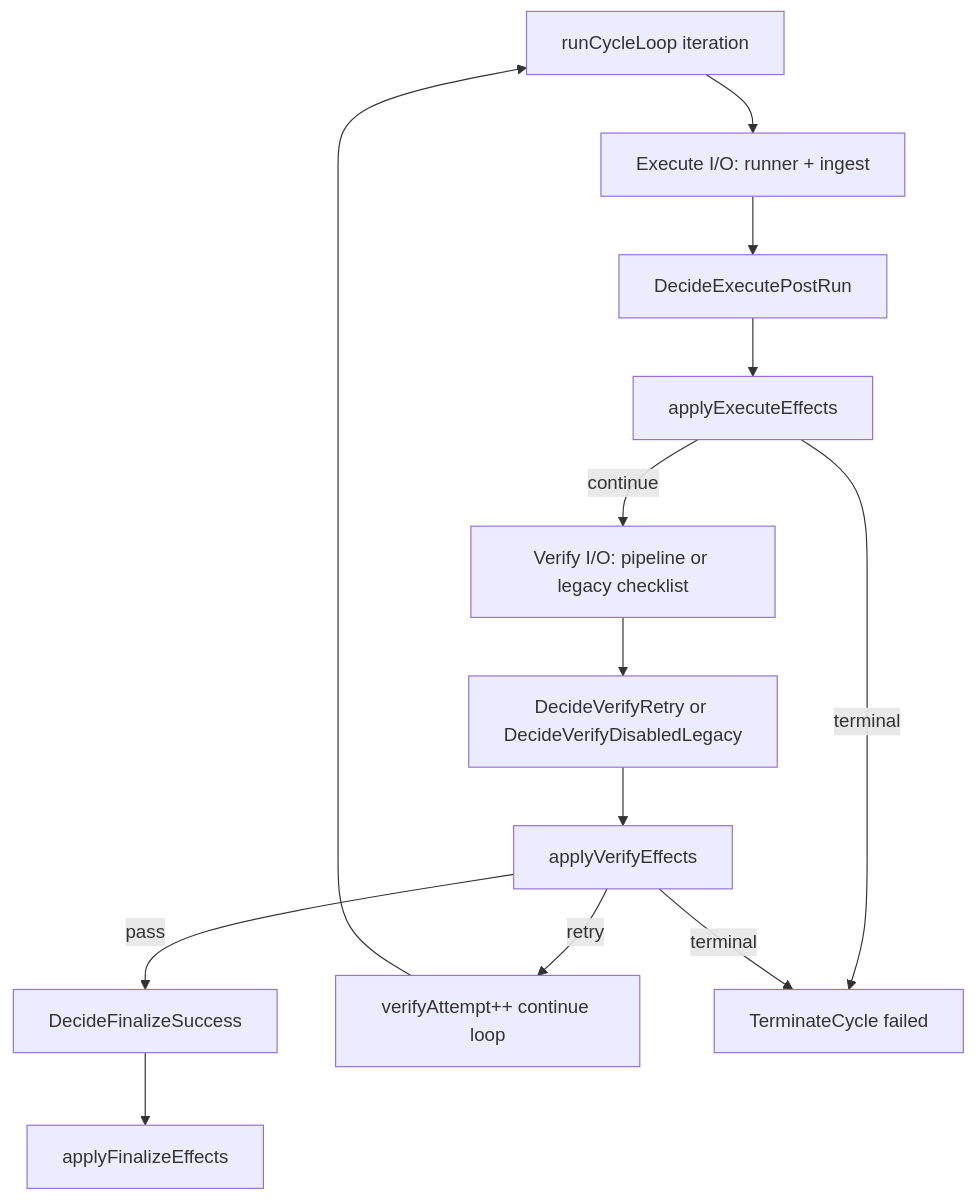
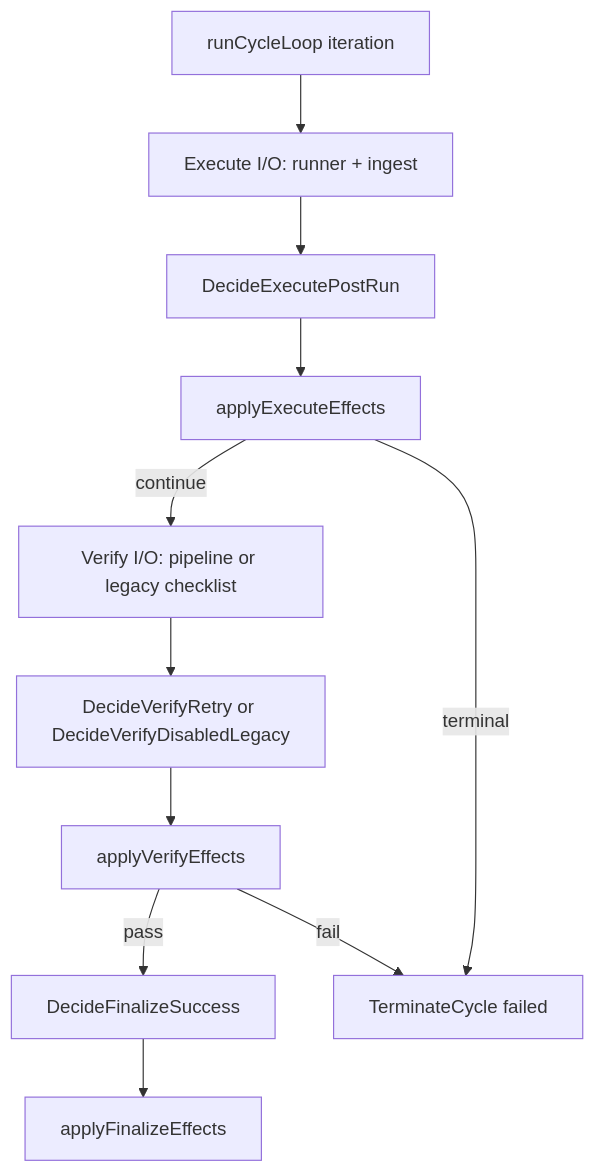
Before and after one commit to Hamix-Labs/project-management: the third of 3 diagrams in docs/domain/harness.md, drawn with Mermaid. The commit also changed other lines of this file and 16 other files, not shown here.

First line of the commit message:
docs: supersede verify retry/chat-mode ADRs; rewrite verify domain docs

````diff
--- a/docs/domain/harness.md
+++ b/docs/domain/harness.md
@@ -180,22 +182,20 @@
 ```mermaid
 flowchart TD
+  decideVer[DecideVerifyRetry or DecideVerifyDisabledLegacy]
+  applyVer[applyVerifyEffects]
+  decideFin[DecideFinalizeSuccess]
+  applyFin[applyFinalizeEffects]
   loopStart[runCycleLoop iteration]
   execIO[Execute I/O: runner + ingest]
   decideExec[DecideExecutePostRun]
   applyExec[applyExecuteEffects]
   verifyIO[Verify I/O: pipeline or legacy checklist]
-  decideVer[DecideVerifyRetry or DecideVerifyDisabledLegacy]
-  applyVer[applyVerifyEffects]
-  decideFin[DecideFinalizeSuccess]
-  applyFin[applyFinalizeEffects]
-  retry[verifyAttempt++ continue loop]
+  fail[TerminateCycle failed]
   loopStart --> execIO
   execIO --> decideExec --> applyExec
   applyExec -->|continue| verifyIO
-  applyExec -->|terminal| fail[TerminateCycle failed]
+  applyExec -->|terminal| fail
   verifyIO --> decideVer --> applyVer
   applyVer -->|pass| decideFin --> applyFin
-  applyVer -->|retry| retry
-  applyVer -->|terminal| fail
-  retry --> loopStart
+  applyVer -->|fail| fail
 ```
````
